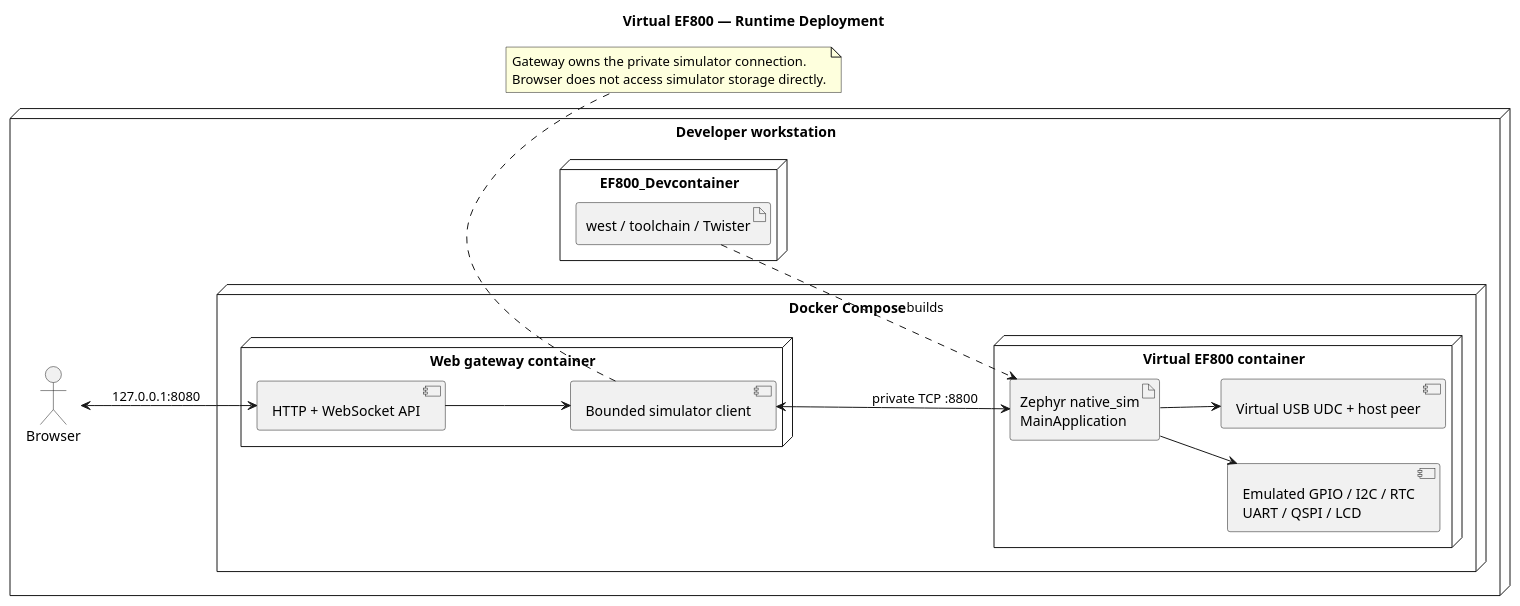
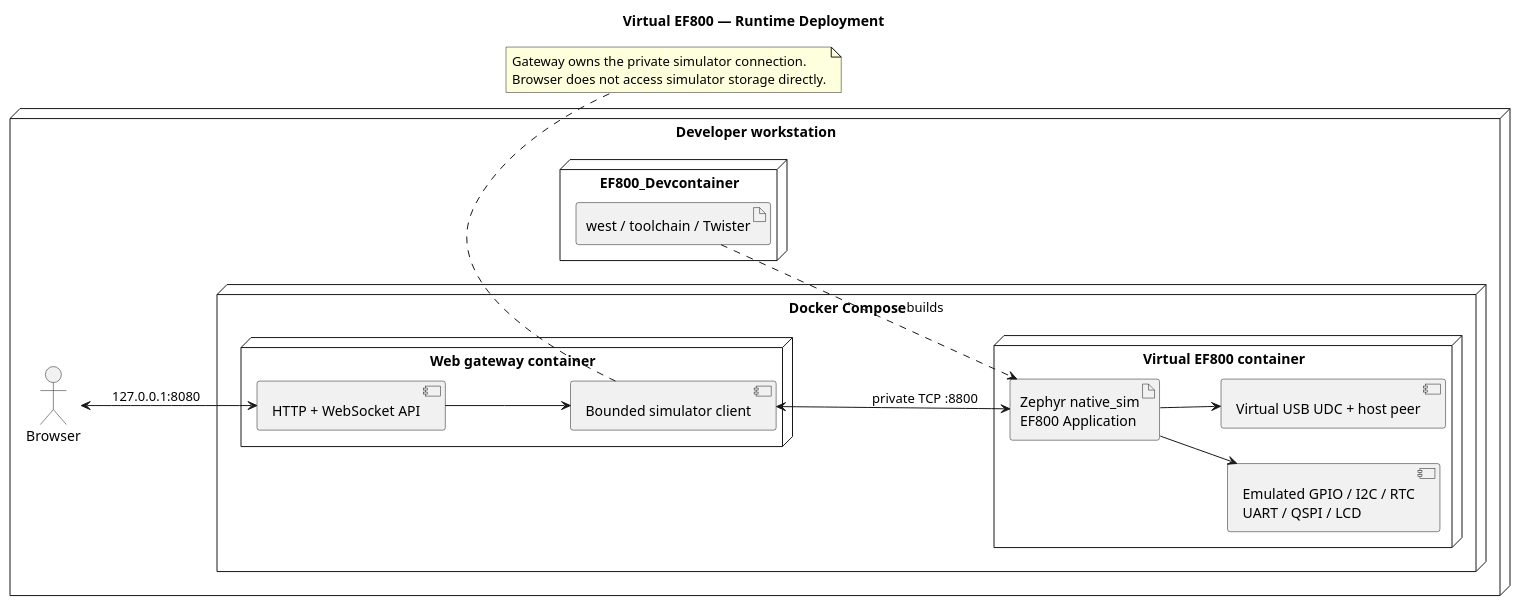
Before and after one commit to jaster-prj/EF800-Zephyr: the diagram in architecture/diagram_as_code/07_deployment_view/virtual_ef800.puml, drawn with PlantUML. The commit also changed 753 other files, not shown here.

```diff
--- a/architecture/diagram_as_code/07_deployment_view/virtual_ef800.puml
+++ b/architecture/diagram_as_code/07_deployment_view/virtual_ef800.puml
@@ -1,33 +1,33 @@
 @startuml virtual_ef800
 title Virtual EF800 — Runtime Deployment
 left to right direction
 
 node "Developer workstation" {
   actor Browser
   node "Docker Compose" {
     node "Virtual EF800 container" as sim {
-      artifact "Zephyr native_sim\nMainApplication" as firmware
+      artifact "Zephyr native_sim\nEF800 Application" as firmware
       component "Emulated GPIO / I2C / RTC\nUART / QSPI / LCD" as emulators
       component "Virtual USB UDC + host peer" as usb
     }
     node "Web gateway container" as web {
       component "HTTP + WebSocket API" as api
       component "Bounded simulator client" as client
     }
   }
   node "EF800_Devcontainer" as dev {
     artifact "west / toolchain / Twister" as tools
   }
 }
 
 Browser <--> api : 127.0.0.1:8080
 api --> client
 client <--> firmware : private TCP :8800
 firmware --> emulators
 firmware --> usb
 tools ..> firmware : builds
 note bottom of client
   Gateway owns the private simulator connection.
   Browser does not access simulator storage directly.
 end note
 @enduml
```
